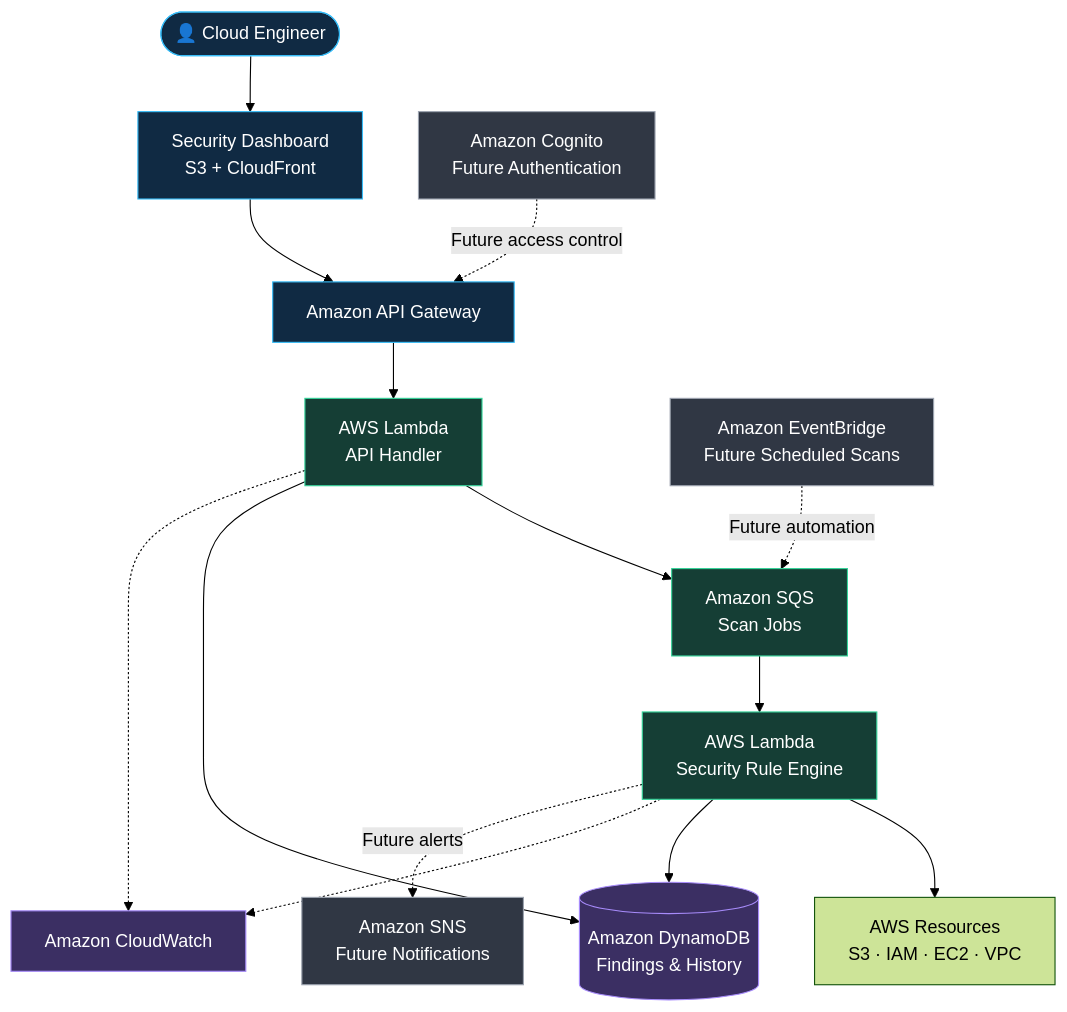
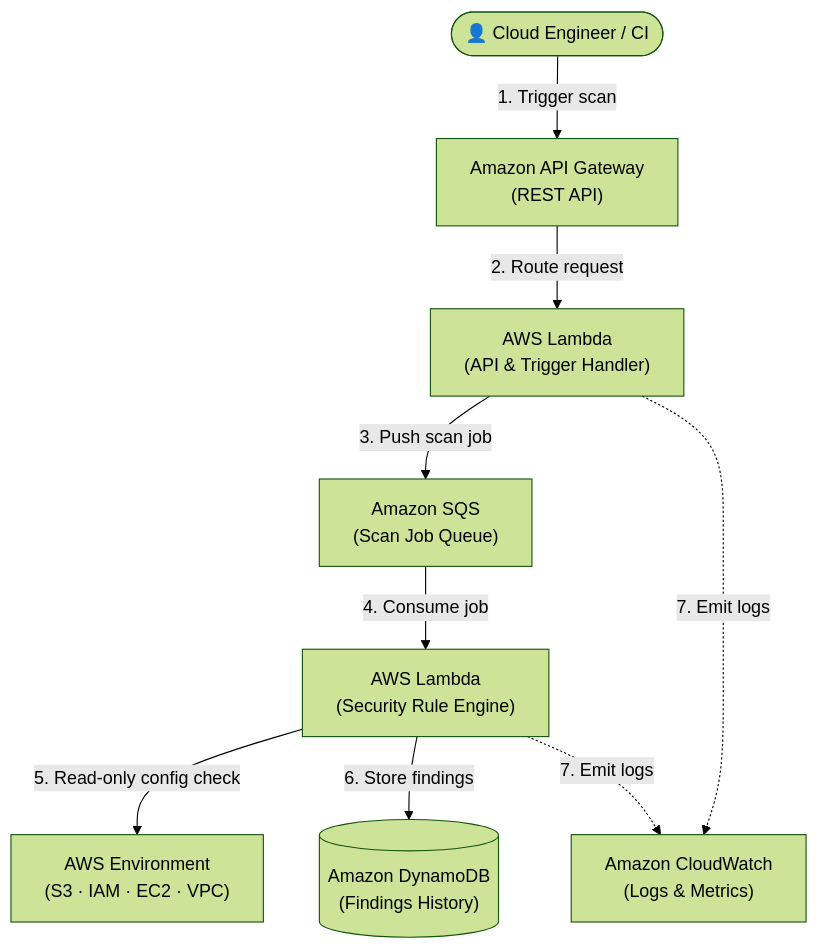
The diagram in README.md (subhajitajodhya-dotcom/cloudguard-aws), drawn with Mermaid (forest theme) before and after one commit. The commit also changed other lines of this file, not shown here.

````diff
--- a/README.md
+++ b/README.md
@@ -89,39 +99,20 @@
 ```mermaid
 flowchart TB
-    USER(["👤 Cloud Engineer"])
-    UI["Security Dashboard<br/>S3 + CloudFront"]
-    AUTH["Amazon Cognito<br/>Future Authentication"]
-    API["Amazon API Gateway"]
-    HANDLER["AWS Lambda<br/>API Handler"]
-    QUEUE["Amazon SQS<br/>Scan Jobs"]
-    SCANNER["AWS Lambda<br/>Security Rule Engine"]
-    AWS["AWS Resources<br/>S3 · IAM · EC2 · VPC"]
-    DB[("Amazon DynamoDB<br/>Findings & History")]
-    SCHEDULE["Amazon EventBridge<br/>Future Scheduled Scans"]
-    MONITOR["Amazon CloudWatch"]
-    ALERTS["Amazon SNS<br/>Future Notifications"]
+    DEV(["👤 Cloud Engineer / CI"])
+    API["Amazon API Gateway<br/>(REST API)"]
+    HANDLER["AWS Lambda<br/>(API & Trigger Handler)"]
+    SQS["Amazon SQS<br/>(Scan Job Queue)"]
+    ENGINE["AWS Lambda<br/>(Security Rule Engine)"]
+    TARGET["AWS Environment<br/>(S3 · IAM · EC2 · VPC)"]
+    DDB[("Amazon DynamoDB<br/>(Findings History)")]
+    CW["Amazon CloudWatch<br/>(Logs & Metrics)"]
 
-    USER --> UI
-    UI --> API
-    AUTH -. "Future access control" .-> API
-    API --> HANDLER
-    HANDLER --> QUEUE
-    QUEUE --> SCANNER
-    SCANNER --> AWS
-    SCANNER --> DB
-    HANDLER --> DB
-    SCHEDULE -. "Future automation" .-> QUEUE
-    SCANNER -.-> MONITOR
-    HANDLER -.-> MONITOR
-    SCANNER -. "Future alerts" .-> ALERTS
-
-    classDef entry fill:#102A43,stroke:#38BDF8,color:#FFFFFF
-    classDef compute fill:#153E35,stroke:#34D399,color:#FFFFFF
-    classDef storage fill:#3B2F63,stroke:#A78BFA,color:#FFFFFF
-    classDef future fill:#303744,stroke:#9CA3AF,color:#FFFFFF
-
-    class USER,UI,API entry
-    class HANDLER,SCANNER,QUEUE compute
-    class DB,MONITOR storage
-    class AUTH,SCHEDULE,ALERTS future
+    DEV -->|1. Trigger scan| API
+    API -->|2. Route request| HANDLER
+    HANDLER -->|3. Push scan job| SQS
+    SQS -->|4. Consume job| ENGINE
+    ENGINE -->|5. Read-only config check| TARGET
+    ENGINE -->|6. Store findings| DDB
+    ENGINE -.->|7. Emit logs| CW
+    HANDLER -.->|7. Emit logs| CW
 ```
````
